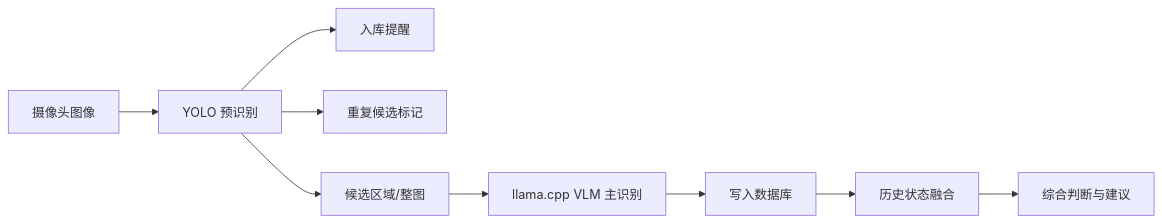
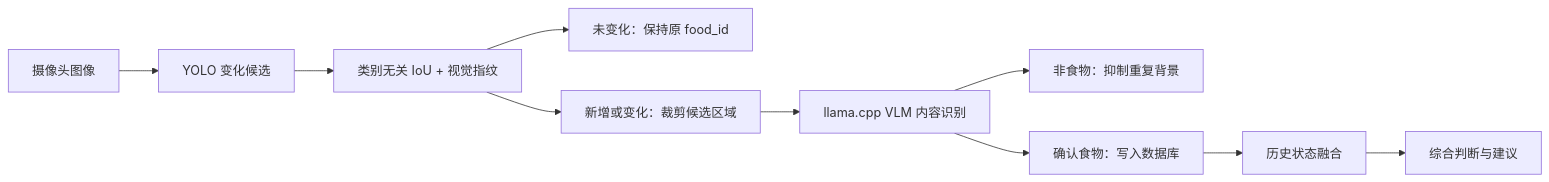
One commit to yushangmin2005/smart-fridge-edge-ai changed the diagram in docs/smart-fridge-hybrid-pipeline.md. Above: the diagram before and after it, drawn with Mermaid. The commit also changed other lines of this file and 6 other files, not shown here.

Commit message:
feat: route YOLO changes through VLM

````diff
--- a/docs/smart-fridge-hybrid-pipeline.md
+++ b/docs/smart-fridge-hybrid-pipeline.md
@@ -9,11 +9,12 @@
 ```mermaid
 flowchart LR
-  Camera["摄像头图像"] --> Yolo["YOLO 预识别"]
-  Yolo --> Entry["入库提醒"]
-  Yolo --> Duplicate["重复候选标记"]
-  Yolo --> Roi["候选区域/整图"]
-  Roi --> Vlm["llama.cpp VLM 主识别"]
-  Vlm --> DbWrite["写入数据库"]
+  Camera["摄像头图像"] --> Yolo["YOLO 变化候选"]
+  Yolo --> Match["类别无关 IoU + 视觉指纹"]
+  Match --> Unchanged["未变化：保持原 food_id"]
+  Match --> Roi["新增或变化：裁剪候选区域"]
+  Roi --> Vlm["llama.cpp VLM 内容识别"]
+  Vlm --> NonFood["非食物：抑制重复背景"]
+  Vlm --> DbWrite["确认食物：写入数据库"]
   DbWrite --> Fusion["历史状态融合"]
   Fusion --> Advice["综合判断与建议"]
 ```
````
